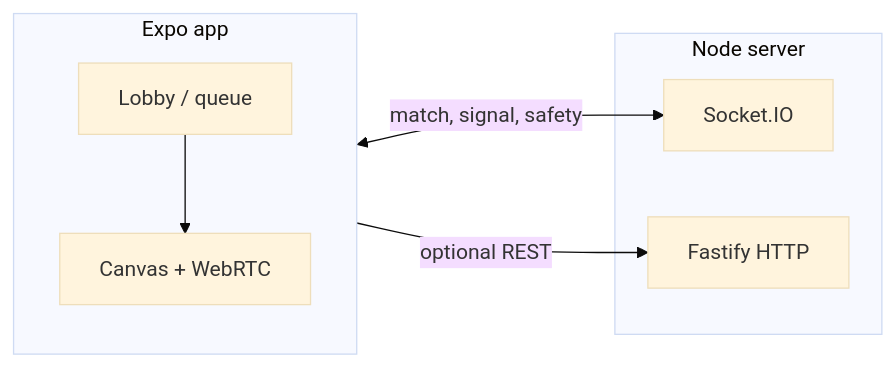
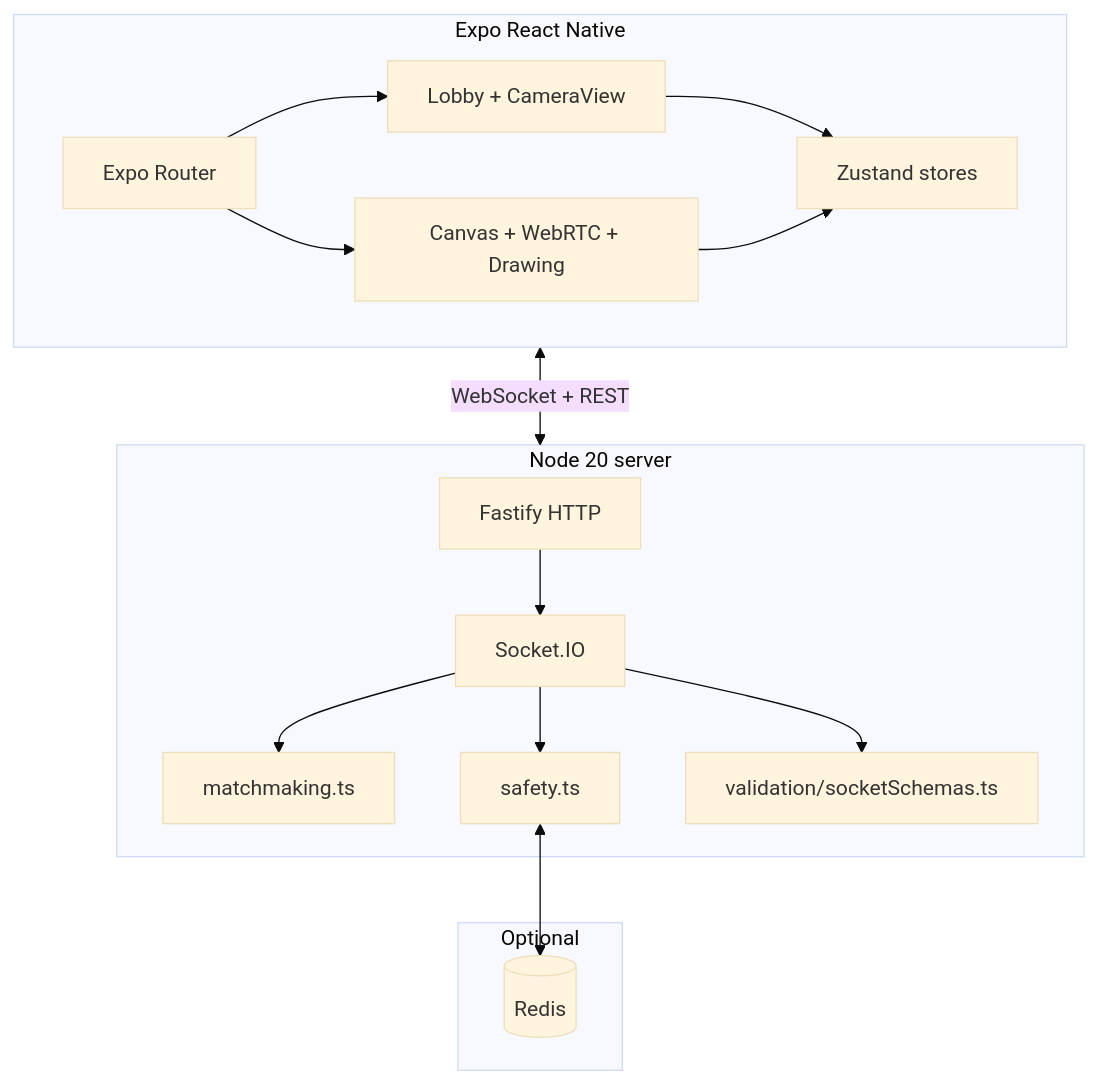
One commit to VenkataVardineni/glyph changed the diagram in docs/ARCHITECTURE.md. Above: the diagram before and after it, drawn with Mermaid (base theme). The commit also changed other lines of this file, not shown here.

Commit message:
docs: expand architecture diagram and deployment notes
Made-with: Cursor

````diff
--- a/docs/ARCHITECTURE.md
+++ b/docs/ARCHITECTURE.md
@@ -3,14 +5,29 @@
 ```mermaid
-flowchart LR
-  subgraph client [Expo app]
-    Lobby[Lobby / queue]
-    Canvas[Canvas + WebRTC]
-    Lobby --> Canvas
+flowchart TB
+  subgraph mobile [Expo React Native]
+    Router[Expo Router]
+    Lobby[Lobby + CameraView]
+    Canvas[Canvas + WebRTC + Drawing]
+    Stores[Zustand stores]
+    Router --> Lobby
+    Router --> Canvas
+    Lobby --> Stores
+    Canvas --> Stores
   end
-  subgraph server [Node server]
-    IO[Socket.IO]
-    HTTP[Fastify HTTP]
+  subgraph node [Node 20 server]
+    Fastify[Fastify HTTP]
+    SIO[Socket.IO]
+    Match[matchmaking.ts]
+    Safe[safety.ts]
+    Val[validation/socketSchemas.ts]
+    SIO --> Match
+    SIO --> Safe
+    SIO --> Val
+    Fastify --> SIO
   end
-  client <-->|match, signal, safety| IO
-  client -->|optional REST| HTTP
+  subgraph data [Optional]
+    Redis[(Redis)]
+  end
+  mobile <-->|WebSocket + REST| node
+  Safe <--> Redis
 ```
````
